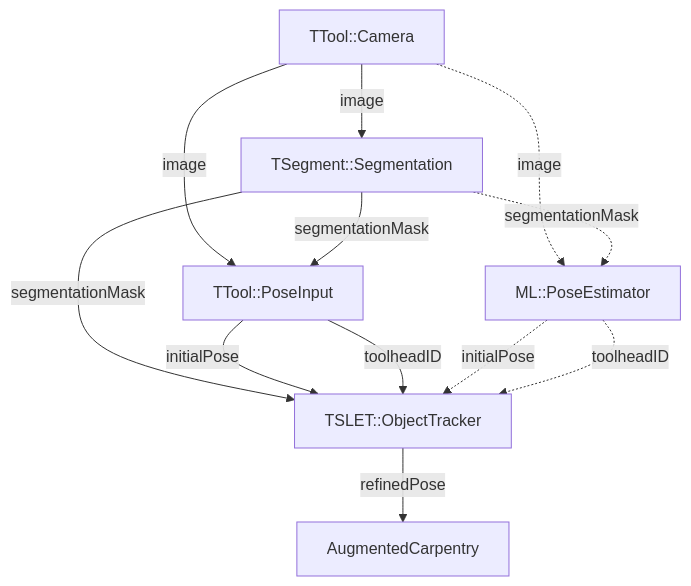
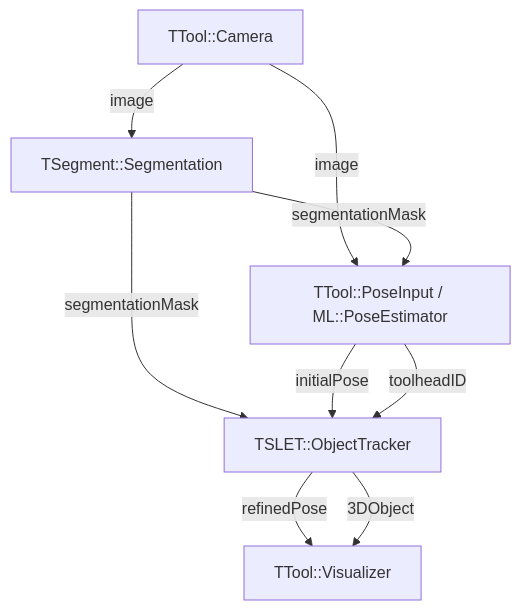
One commit to ibois-epfl/TTool changed the first of 2 diagrams in README.md. Above: the diagram before and after it, drawn with Mermaid. The commit also changed other lines of this file, not shown here.

Commit message:
UPDATE: TTool Dataflow

````diff
--- a/README.md
+++ b/README.md
@@ -8,24 +8,23 @@
 ```mermaid
 graph TD;
 cam[TTool::Camera]
-uii[TTool::PoseInput]
+uii["TTool::PoseInput / ML::PoseEstimator"]
 seg[TSegment::Segmentation]
-mle[ML::PoseEstimator]
+%% mle[ML::PoseEstimator]
 tkr[TSLET::ObjectTracker]
 
 cam--image-->seg
 cam--image-->uii
-cam-.image.->mle
 
 seg--segmentationMask-->uii
 seg--segmentationMask-->tkr
-seg-.segmentationMask.->mle
+
 
 uii--initialPose-->tkr
 uii--toolheadID-->tkr
 
-mle-.initialPose.->tkr
-mle-.toolheadID.->tkr
+%% uii<-->mle 
 
-tkr--refinedPose-->AugmentedCarpentry
+tkr--refinedPose-->TTool::Visualizer
+tkr--3DObject-->TTool::Visualizer
 ```
````
